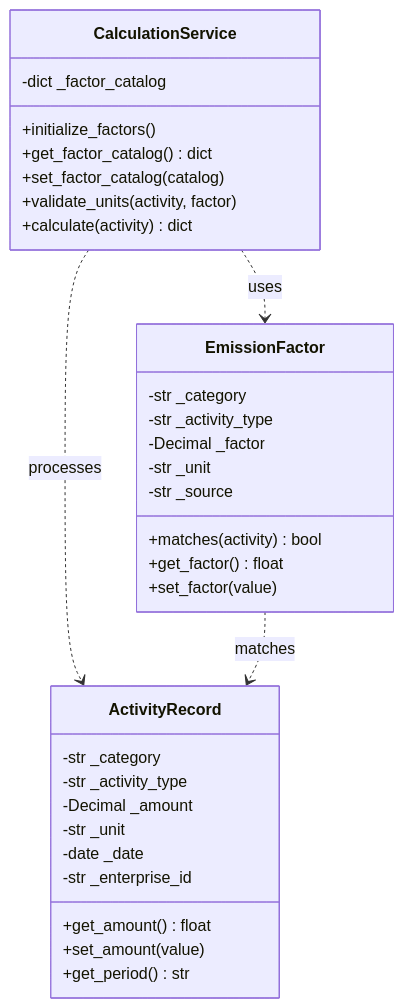
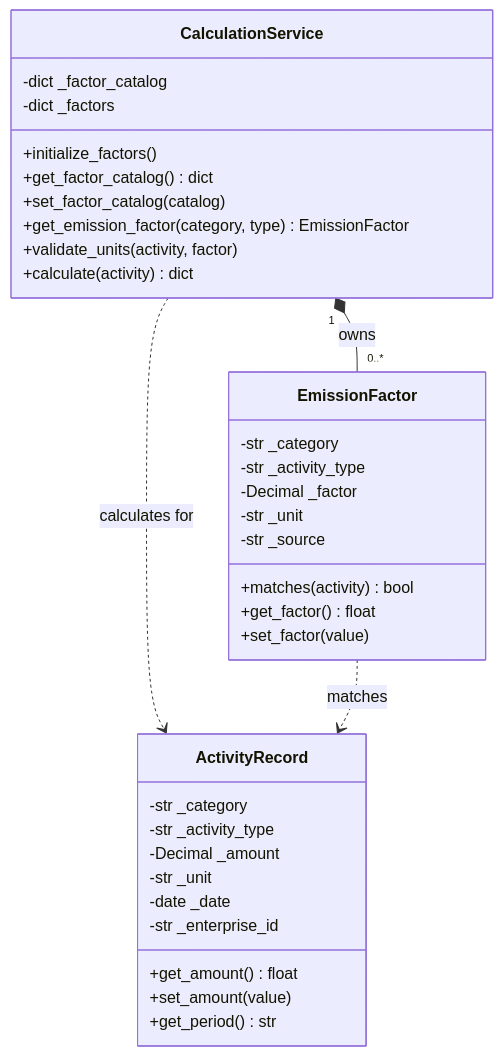
One commit to oscar-byte15/Enterprise-carbon-tracker changed the diagram in README.md. Above: the diagram before and after it, drawn with Mermaid. The commit also changed other lines of this file, not shown here.

Commit message:
Correct UML with composition, cardinality and dependency semantics

````diff
--- a/README.md
+++ b/README.md
@@ -155,35 +155,37 @@
 ```mermaid
 classDiagram
     class ActivityRecord {
         -str _category
         -str _activity_type
         -Decimal _amount
         -str _unit
         -date _date
         -str _enterprise_id
         +get_amount() float
         +set_amount(value)
         +get_period() str
     }
     class EmissionFactor {
         -str _category
         -str _activity_type
         -Decimal _factor
         -str _unit
         -str _source
         +matches(activity) bool
         +get_factor() float
         +set_factor(value)
     }
     class CalculationService {
         -dict _factor_catalog
+        -dict _factors
         +initialize_factors()
         +get_factor_catalog() dict
         +set_factor_catalog(catalog)
+        +get_emission_factor(category, type) EmissionFactor
         +validate_units(activity, factor)
         +calculate(activity) dict
     }
-    CalculationService ..> ActivityRecord : processes
-    CalculationService ..> EmissionFactor : uses
+    CalculationService "1" *-- "0..*" EmissionFactor : owns
+    CalculationService ..> ActivityRecord : calculates for
     EmissionFactor ..> ActivityRecord : matches
 ```
````
